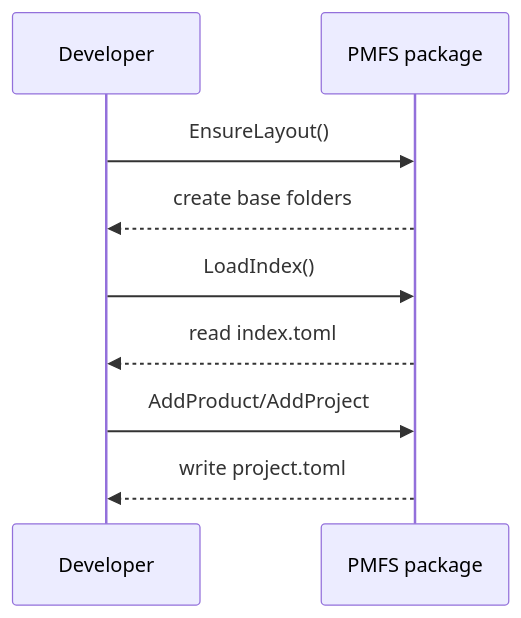
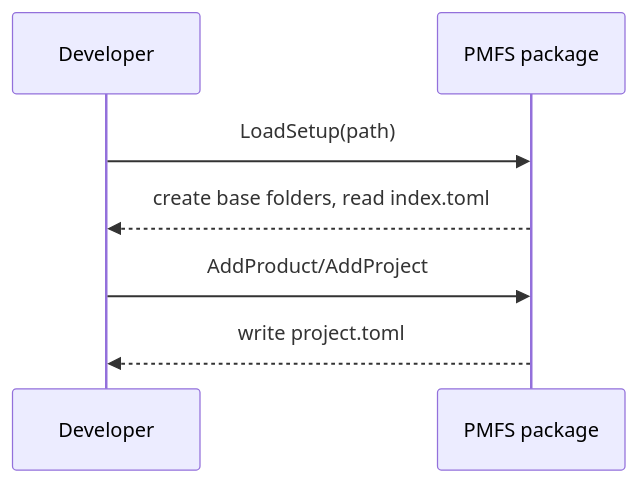
Before and after one commit to rjboer/PMFS: the second of 2 diagrams in README.md, drawn with Mermaid. The commit also changed other lines of this file and 8 other files, not shown here.

````diff
--- a/README.md
+++ b/README.md
@@ -98,12 +98,10 @@
 ```mermaid
 sequenceDiagram
     participant Dev as Developer
     participant PMFS as PMFS package
 
-    Dev->>PMFS: EnsureLayout()
-    PMFS-->>Dev: create base folders
-    Dev->>PMFS: LoadIndex()
-    PMFS-->>Dev: read index.toml
+    Dev->>PMFS: LoadSetup(path)
+    PMFS-->>Dev: create base folders, read index.toml
     Dev->>PMFS: AddProduct/AddProject
     PMFS-->>Dev: write project.toml
 ```
````
